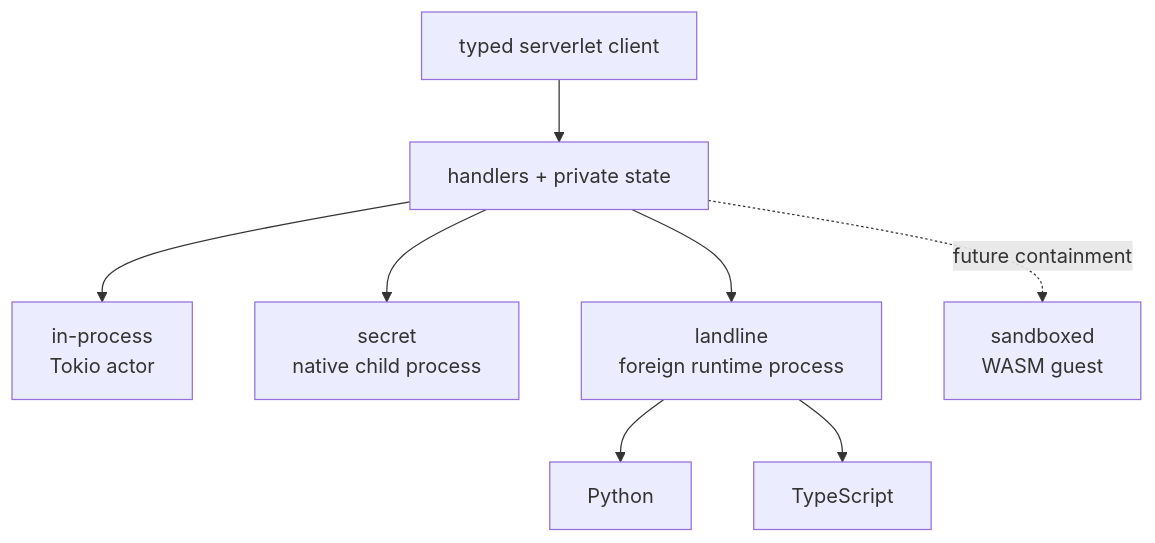
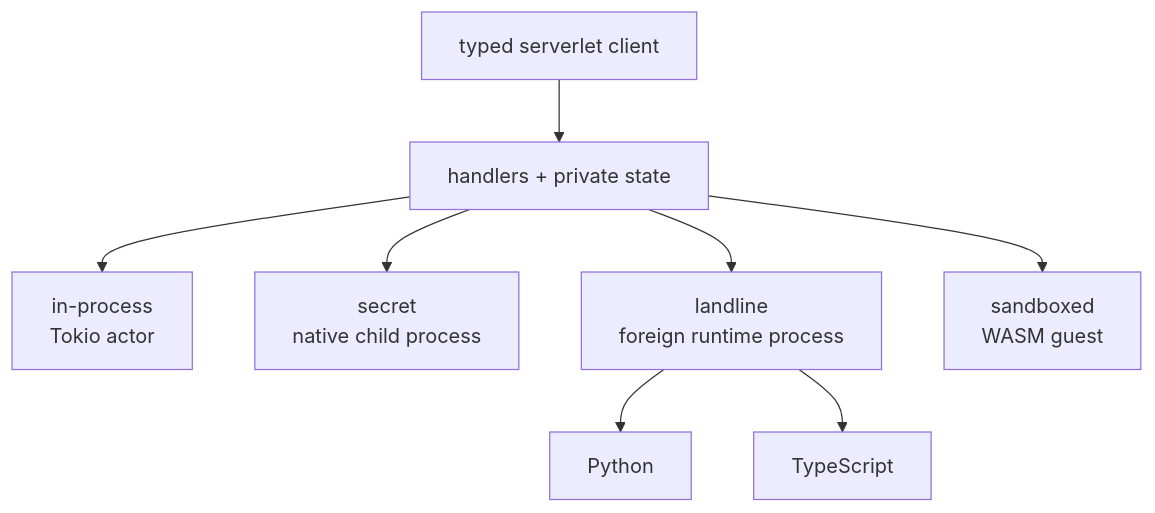
The fourth of 4 diagrams in README.md (Immanuel-Fowler/OrchestrateLang), drawn with Mermaid before and after one commit. The commit also changed other lines of this file and 22 other files, not shown here.

First line of the commit message:
feat(wasm): contain sandboxed serverlets and call wasm modules

````diff
--- a/README.md
+++ b/README.md
@@ -116,11 +118,11 @@
 ```mermaid
 flowchart TB
     API["typed serverlet client"] --> CORE["handlers + private state"]
     CORE --> IN["in-process<br/>Tokio actor"]
     CORE --> SEC["secret<br/>native child process"]
     CORE --> LAND["landline<br/>foreign runtime process"]
-    CORE -. future containment .-> WASM["sandboxed<br/>WASM guest"]
+    CORE --> WASM["sandboxed<br/>WASM guest"]
 
     LAND --> PY["Python"]
     LAND --> TS["TypeScript"]
 ```
````
